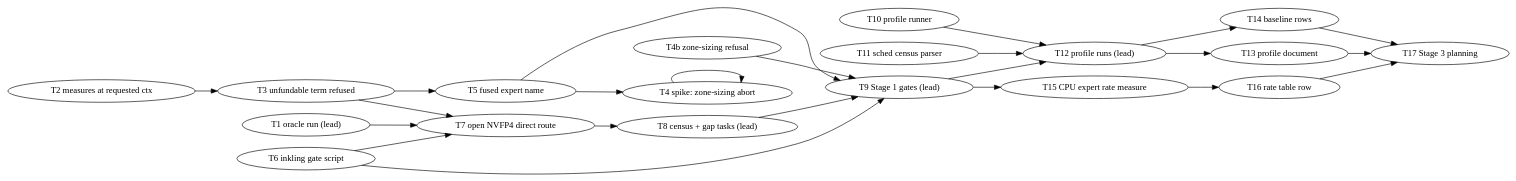
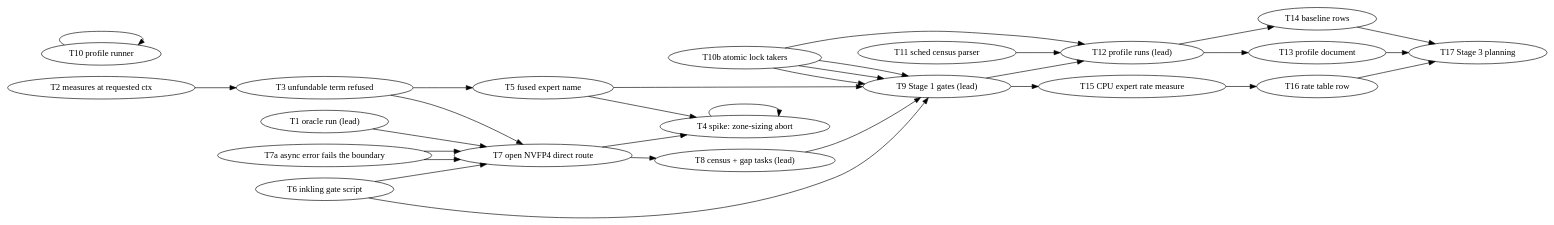
The diagram in docs/plans/2026-11-21-inkling2-mini-sycl-enable-profile-optimize.md (kainlan/llama.cpp-intel-optimizations), drawn with Graphviz before and after one commit. The commit also changed other lines of this file and 4 other files, not shown here.

````diff
--- a/docs/plans/2026-11-21-inkling2-mini-sycl-enable-profile-optimize.md
+++ b/docs/plans/2026-11-21-inkling2-mini-sycl-enable-profile-optimize.md
@@ -85,29 +92,33 @@
 ```dot
 digraph dependencies {
     rankdir=LR;
     1  [label="T1 oracle run (lead)"];
     2  [label="T2 measures at requested ctx"];
     3  [label="T3 unfundable term refused"];
     4  [label="T4 spike: zone-sizing abort"];
     4b [label="T4b zone-sizing refusal"];
     5  [label="T5 fused expert name"];
     6  [label="T6 inkling gate script"];
+    6b [label="T6b GPT-OSS gate without -ngl"];
+    7a [label="T7a async error fails the boundary"];
+    7b [label="T7b every queue has the handler"];
     7  [label="T7 open NVFP4 direct route"];
     8  [label="T8 census + gap tasks (lead)"];
     9  [label="T9 Stage 1 gates (lead)"];
     10 [label="T10 profile runner"];
+    10b [label="T10b atomic lock takers"];
     11 [label="T11 sched census parser"];
     12 [label="T12 profile runs (lead)"];
     13 [label="T13 profile document"];
     14 [label="T14 baseline rows"];
     15 [label="T15 CPU expert rate measure"];
     16 [label="T16 rate table row"];
     17 [label="T17 Stage 3 planning"];
-    2 -> 3; 3 -> 5; 4 -> 4b; 5 -> 4b;
-    1 -> 7; 3 -> 7; 6 -> 7; 7 -> 8;
-    8 -> 9; 6 -> 9; 4b -> 9; 5 -> 9;
-    9 -> 12; 10 -> 12; 11 -> 12;
+    2 -> 3; 3 -> 5; 4 -> 4b; 5 -> 4b; 7 -> 4b;
+    1 -> 7a; 7a -> 7; 7a -> 7b; 3 -> 7; 6 -> 7; 7 -> 8;
+    8 -> 9; 6 -> 9; 6b -> 9; 4b -> 9; 5 -> 9; 7b -> 9;
+    9 -> 12; 10 -> 10b; 10b -> 12; 11 -> 12;
     12 -> 13; 12 -> 14; 9 -> 15; 15 -> 16;
     13 -> 17; 14 -> 17; 16 -> 17;
 }
 ```
````
